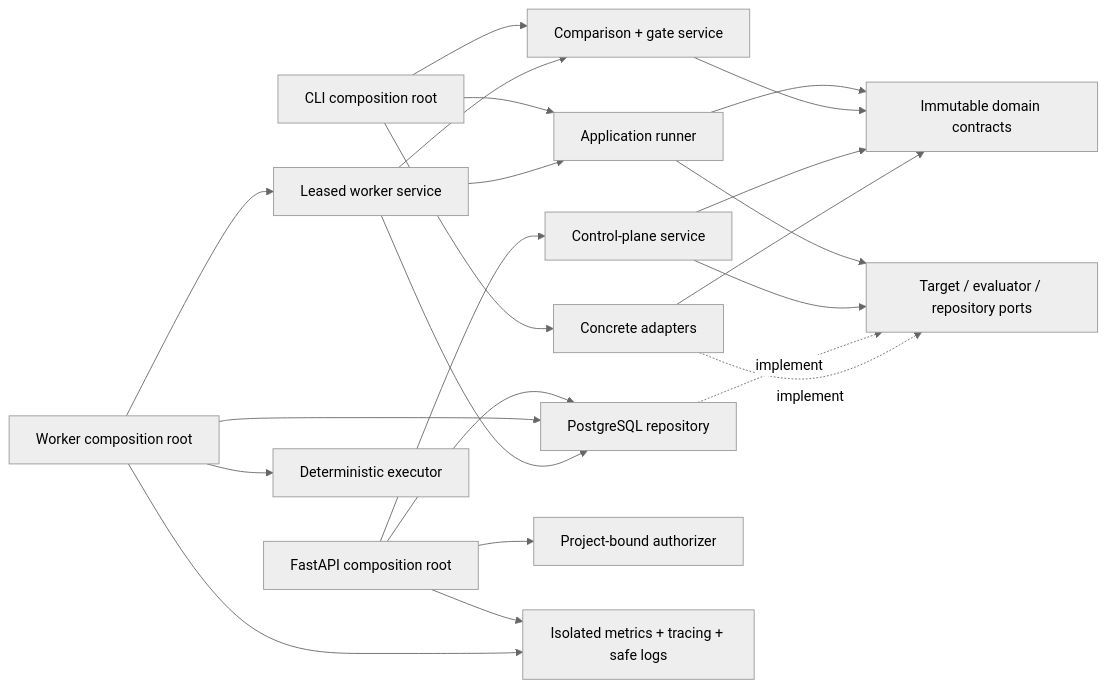
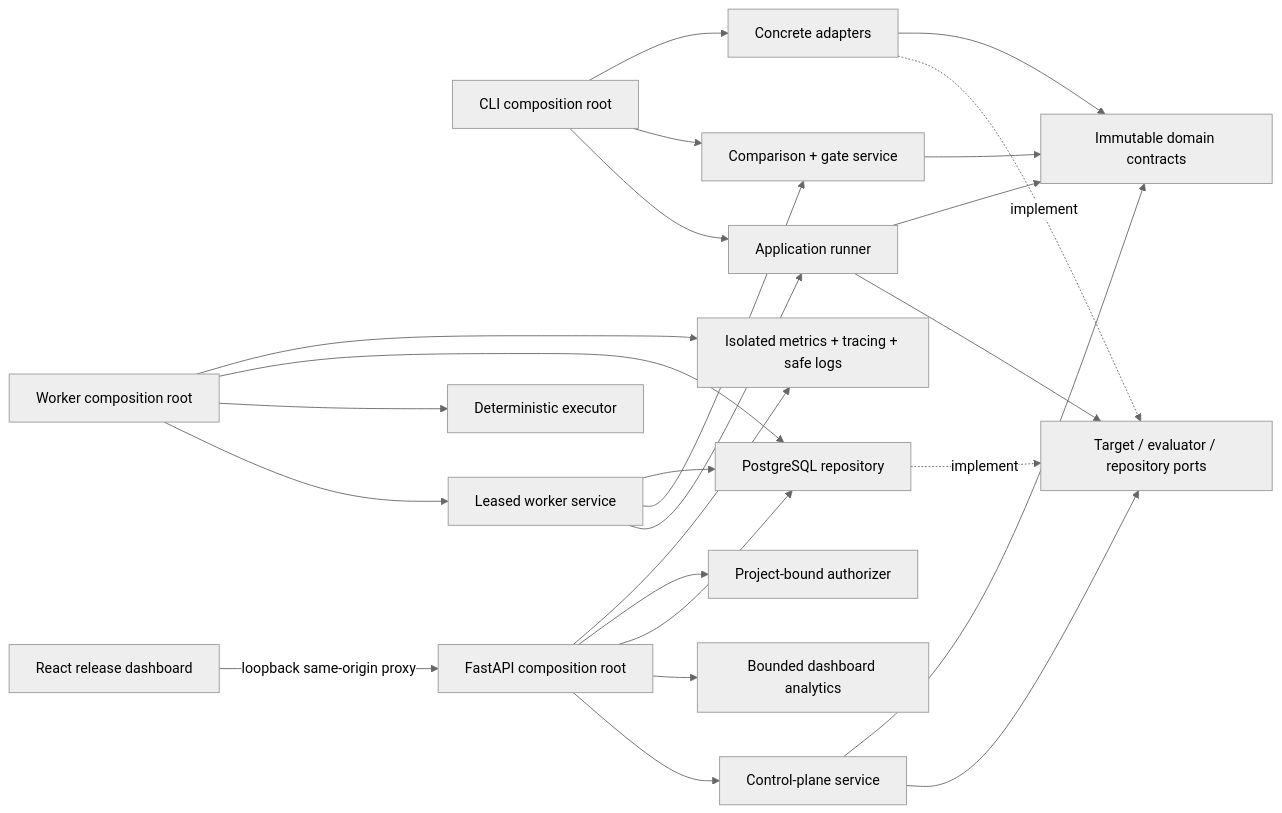
The first of 6 diagrams in docs/architecture.md (idevelopAI/llm-eval-control-plane), drawn with Mermaid (neutral theme) before and after one commit. The commit also changed other lines of this file and 2 other files, not shown here.

Commit message:
docs(architecture): record dashboard projection boundary

````diff
--- a/docs/architecture.md
+++ b/docs/architecture.md
@@ -23,25 +22,27 @@
 ```mermaid
 flowchart LR
     CLI["CLI composition root"] --> RUNNER["Application runner"]
     CLI --> COMPARE["Comparison + gate service"]
     CLI --> ADAPTERS["Concrete adapters"]
     API["FastAPI composition root"] --> CONTROL["Control-plane service"]
+    DASHBOARD["React release dashboard"] -->|loopback same-origin proxy| API
+    API --> ANALYTICS["Bounded dashboard analytics"]
     API --> DB["PostgreSQL repository"]
     API --> AUTH["Project-bound authorizer"]
     API --> TELEMETRY["Isolated metrics + tracing + safe logs"]
     WORKER["Worker composition root"] --> ORCHESTRATE["Leased worker service"]
     WORKER --> EXECUTOR["Deterministic executor"]
     WORKER --> DB
     WORKER --> TELEMETRY
     ORCHESTRATE --> RUNNER
     ORCHESTRATE --> COMPARE
     ORCHESTRATE --> DB
     RUNNER --> PORTS["Target / evaluator / repository ports"]
     RUNNER --> DOMAIN["Immutable domain contracts"]
     COMPARE --> DOMAIN
     CONTROL --> PORTS
     CONTROL --> DOMAIN
     DB -. implement .-> PORTS
     ADAPTERS -. implement .-> PORTS
     ADAPTERS --> DOMAIN
 ```
````
